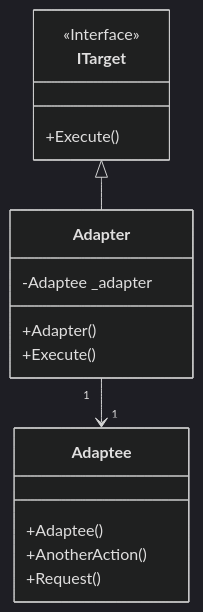
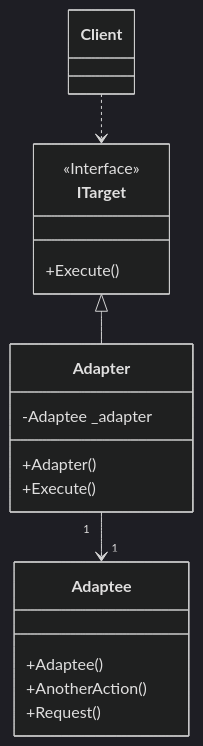
The first of 2 diagrams in design_pattern/adapter.md (thunderstormwang/CodingNote), drawn with Mermaid (dark theme) before and after one commit. The commit also changed other lines of this file and 5 other files, not shown here.

````diff
--- a/design_pattern/adapter.md
+++ b/design_pattern/adapter.md
@@ -10,22 +12,24 @@
 ```mermaid
 classDiagram
+class Client
 class ITarget {
     <<Interface>>
     +Execute()
 }
 
 class Adapter {
     -Adaptee _adapter
     +Adapter()
     +Execute()
 }
 
 class Adaptee {
     +Adaptee()
     +AnotherAction()
     +Request()
 }
 
+Client ..> ITarget
 ITarget <|-- Adapter
 Adapter "1" --> "1" Adaptee
 ```
````
